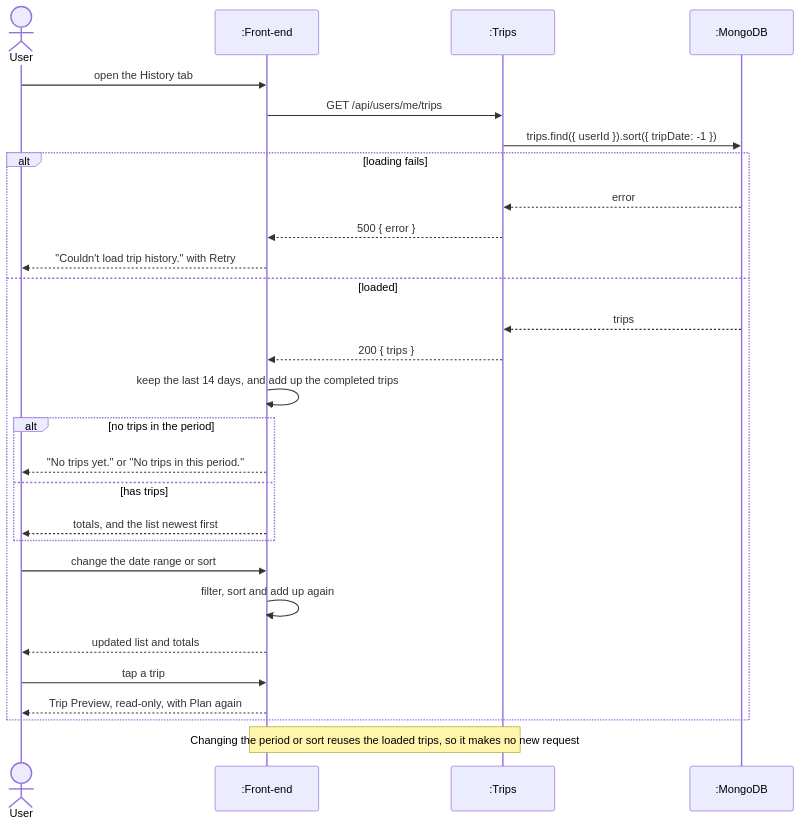
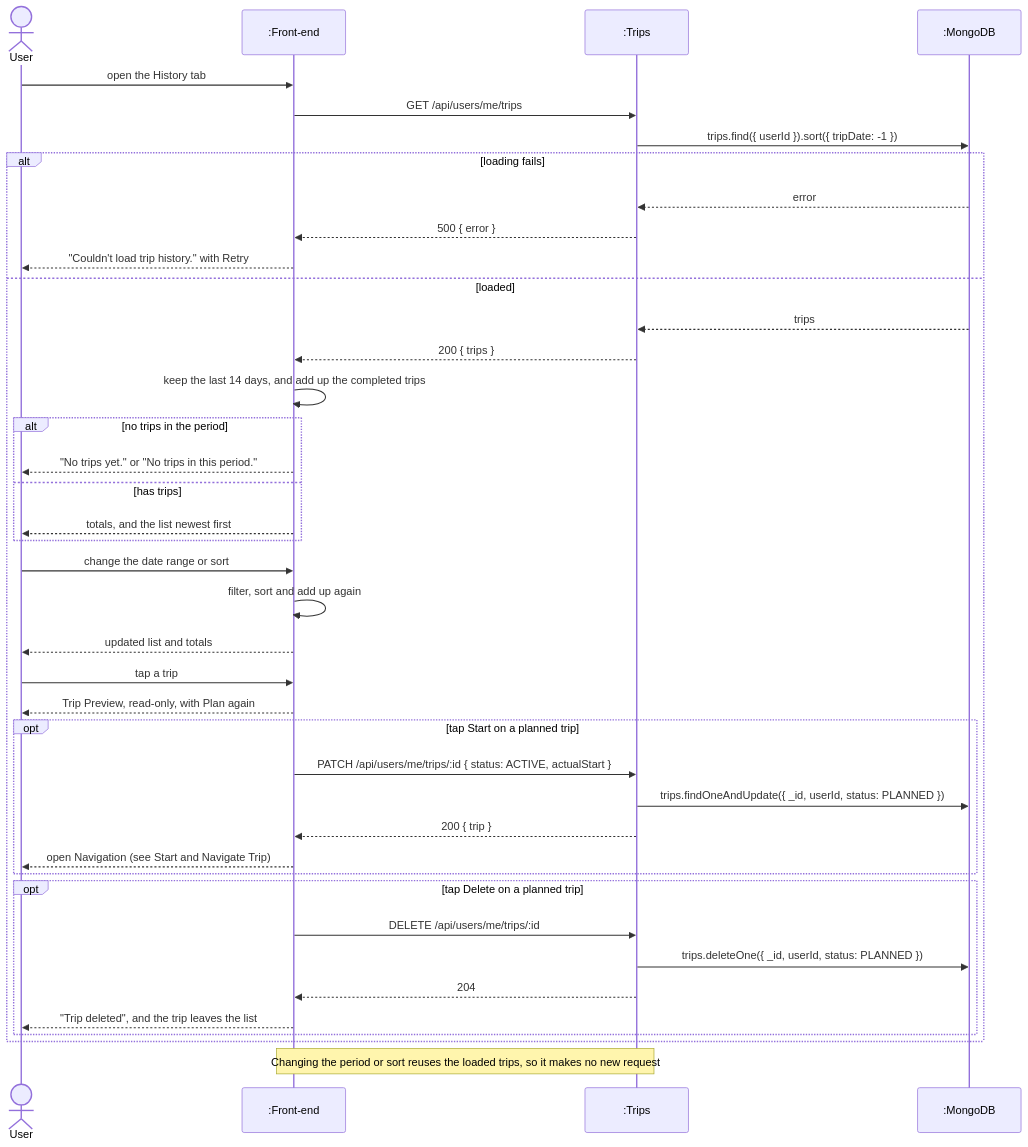
The sixth of 6 diagrams in documentation/Requirements_and_Design.md (adamdeleeuw/trailmix), drawn with Mermaid before and after one commit. The commit also changed other lines of this file, not shown here.

First line of the commit message:
docs: match the use case names to the diagram and add Timmy's sequence updates (#75)

````diff
--- a/documentation/Requirements_and_Design.md
+++ b/documentation/Requirements_and_Design.md
@@ -676,31 +678,43 @@
 ```mermaid
 sequenceDiagram
     actor User
     participant App as :Front-end
     participant Trips as :Trips
     participant DB as :MongoDB
 
     User->>App: open the History tab
     App->>Trips: GET /api/users/me/trips
     Trips->>DB: trips.find({ userId }).sort({ tripDate: -1 })
     alt loading fails
         DB-->>Trips: error
         Trips-->>App: 500 { error }
         App-->>User: "Couldn't load trip history." with Retry
     else loaded
         DB-->>Trips: trips
         Trips-->>App: 200 { trips }
         App->>App: keep the last 14 days, and add up the completed trips
         alt no trips in the period
             App-->>User: "No trips yet." or "No trips in this period."
         else has trips
             App-->>User: totals, and the list newest first
         end
         User->>App: change the date range or sort
         App->>App: filter, sort and add up again
         App-->>User: updated list and totals
         User->>App: tap a trip
         App-->>User: Trip Preview, read-only, with Plan again
+        opt tap Start on a planned trip
+            App->>Trips: PATCH /api/users/me/trips/:id { status: ACTIVE, actualStart }
+            Trips->>DB: trips.findOneAndUpdate({ _id, userId, status: PLANNED })
+            Trips-->>App: 200 { trip }
+            App-->>User: open Navigation (see Start and Navigate Trip)
+        end
+        opt tap Delete on a planned trip
+            App->>Trips: DELETE /api/users/me/trips/:id
+            Trips->>DB: trips.deleteOne({ _id, userId, status: PLANNED })
+            Trips-->>App: 204
+            App-->>User: "Trip deleted", and the trip leaves the list
+        end
     end
     Note over App,Trips: Changing the period or sort reuses the loaded trips, so it makes no new request
 ```
````
